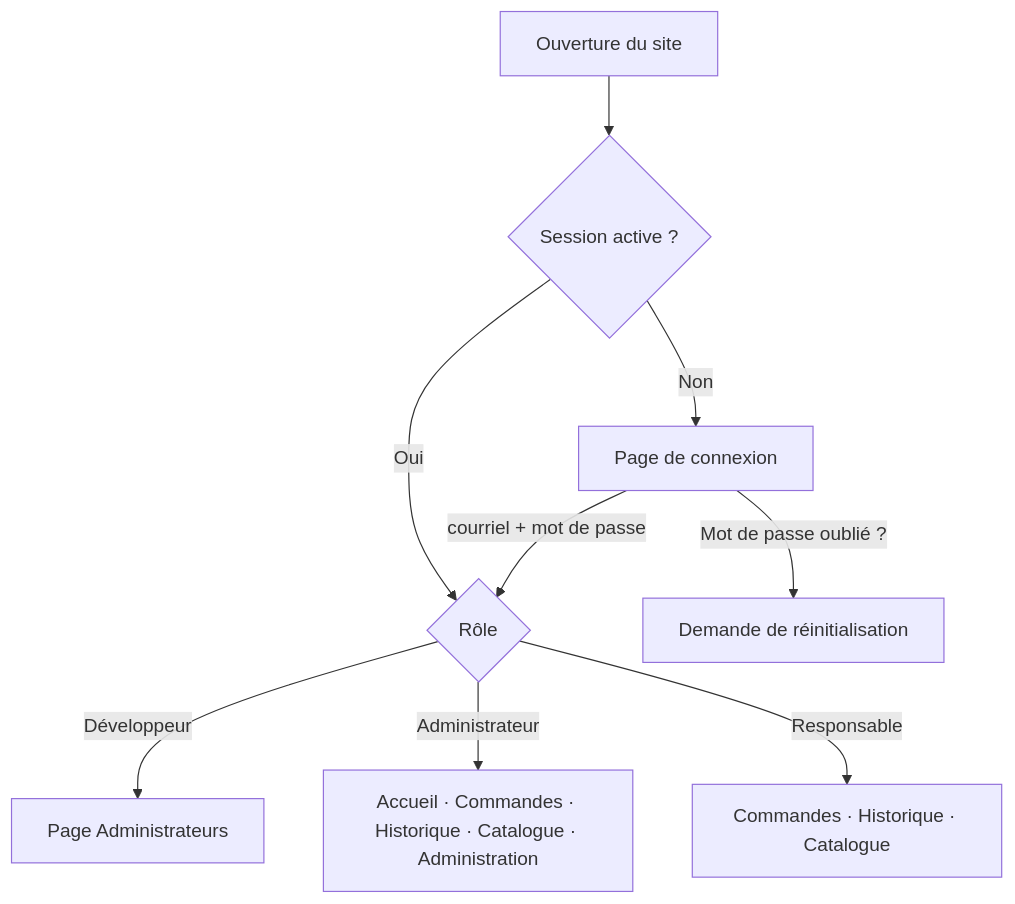
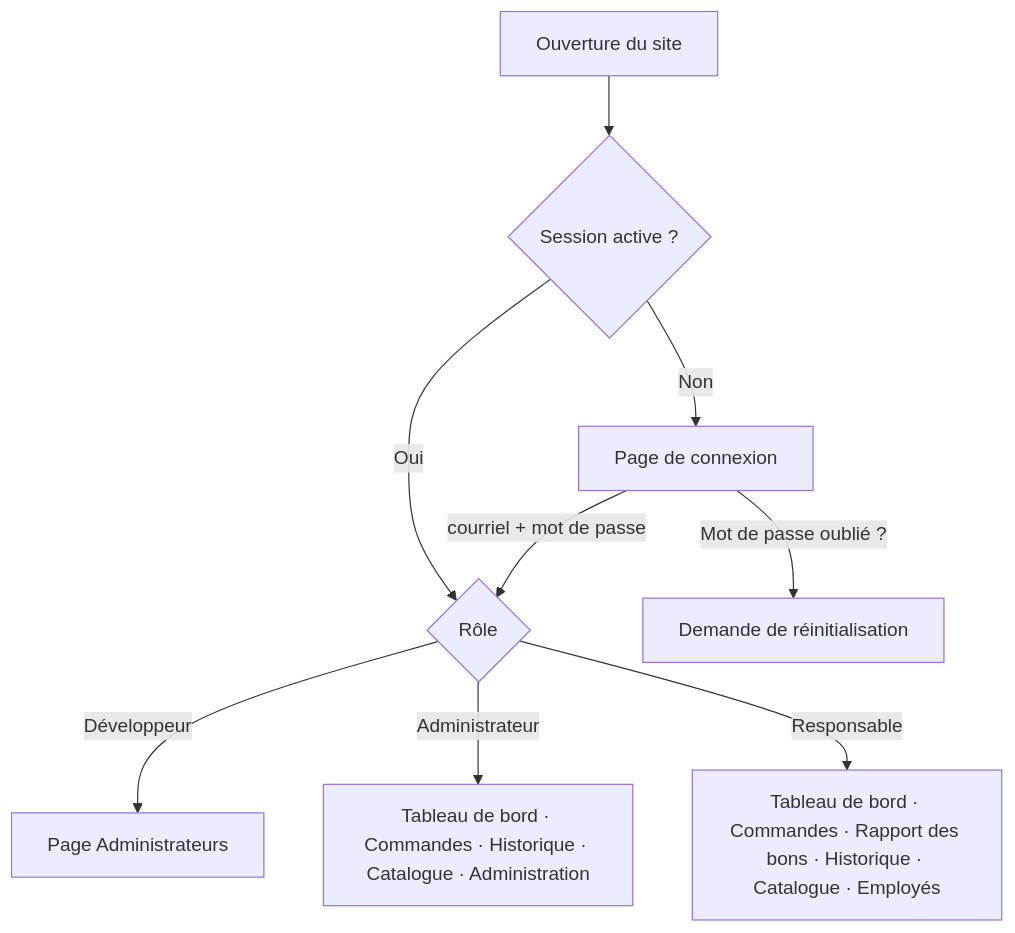
One commit to amineboutaiba31/commande changed the first of 5 diagrams in docs/03-App-Flow.md. Above: the diagram before and after it, drawn with Mermaid. The commit also changed other lines of this file and 39 other files, not shown here.

````diff
--- a/docs/03-App-Flow.md
+++ b/docs/03-App-Flow.md
@@ -11,11 +11,11 @@
 ```mermaid
 flowchart TD
     A[Ouverture du site] --> B{Session active ?}
     B -- Non --> L[Page de connexion]
     B -- Oui --> R{Rôle}
     L -->|courriel + mot de passe| R
     L -->|Mot de passe oublié ?| F[Demande de réinitialisation]
     R -- Développeur --> D[Page Administrateurs]
-    R -- Administrateur --> AD[Accueil · Commandes · Historique · Catalogue · Administration]
-    R -- Responsable --> RE[Commandes · Historique · Catalogue]
+    R -- Administrateur --> AD[Tableau de bord · Commandes · Historique · Catalogue · Administration]
+    R -- Responsable --> RE[Tableau de bord · Commandes · Rapport des bons · Historique · Catalogue · Employés]
 ```
````
